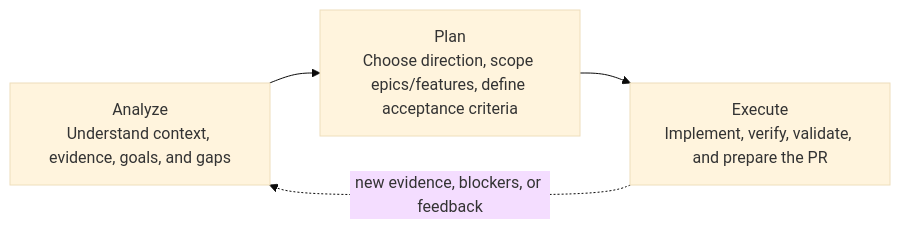
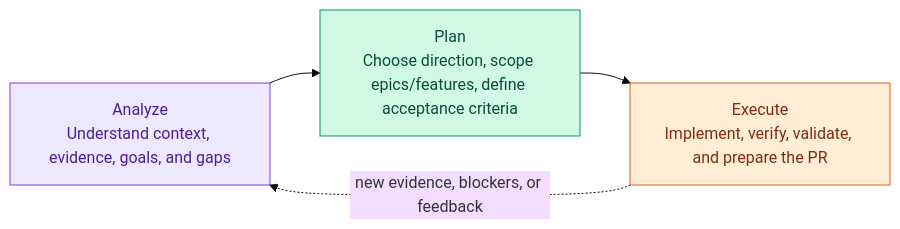
One commit to pnewsam/skills changed the second of 13 diagrams in README.md. Above: the diagram before and after it, drawn with Mermaid (base theme). The commit also changed other lines of this file and 27 other files, not shown here.

````diff
--- a/README.md
+++ b/README.md
@@ -24,6 +62,10 @@
 ```mermaid
 flowchart LR
-    A["Analyze<br/>Understand context, evidence, goals, and gaps"] --> P["Plan<br/>Choose direction, scope epics/features, define acceptance criteria"]
-    P --> E["Execute<br/>Implement, verify, validate, and prepare the PR"]
+    A["Analyze<br/>Understand context, evidence, goals, and gaps"]:::analyze --> P["Plan<br/>Choose direction, scope epics/features, define acceptance criteria"]:::plan
+    P --> E["Execute<br/>Implement, verify, validate, and prepare the PR"]:::execute
     E -.->|new evidence, blockers, or feedback| A
+
+    classDef analyze fill:#ede9fe,stroke:#7c3aed,color:#4c1d95;
+    classDef plan fill:#d1fae5,stroke:#059669,color:#064e3b;
+    classDef execute fill:#ffedd5,stroke:#ea580c,color:#7c2d12;
 ```
````
